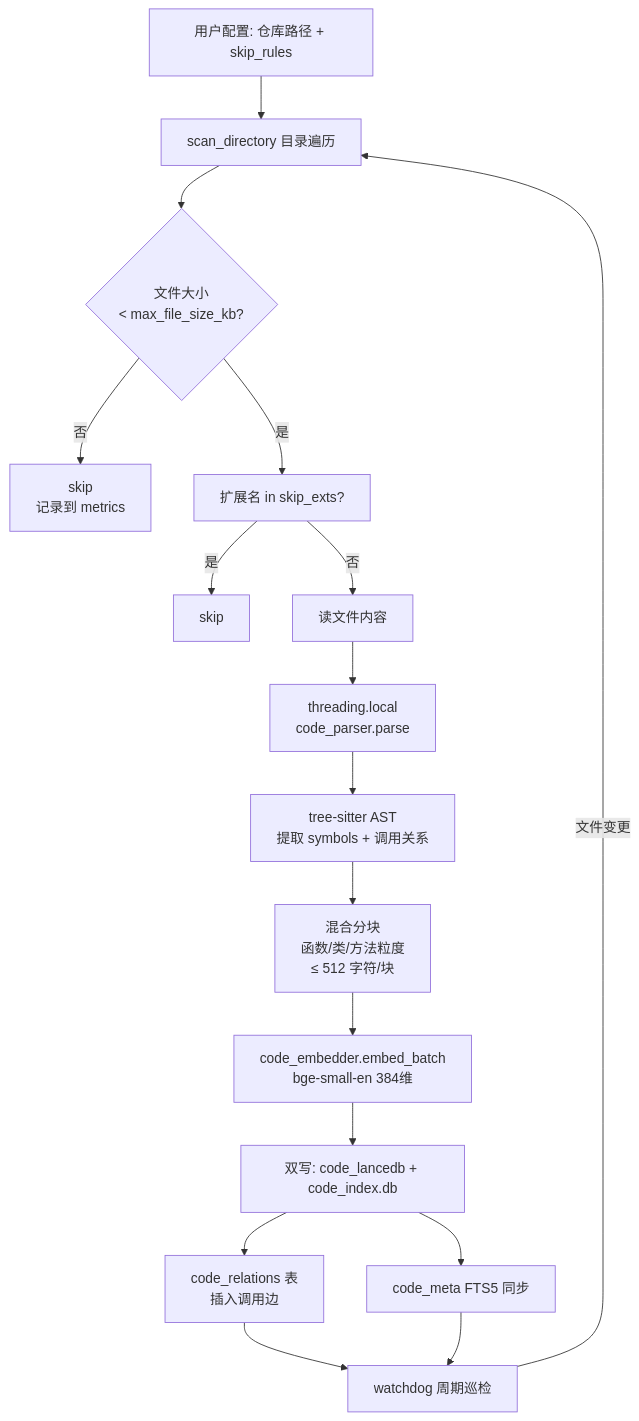
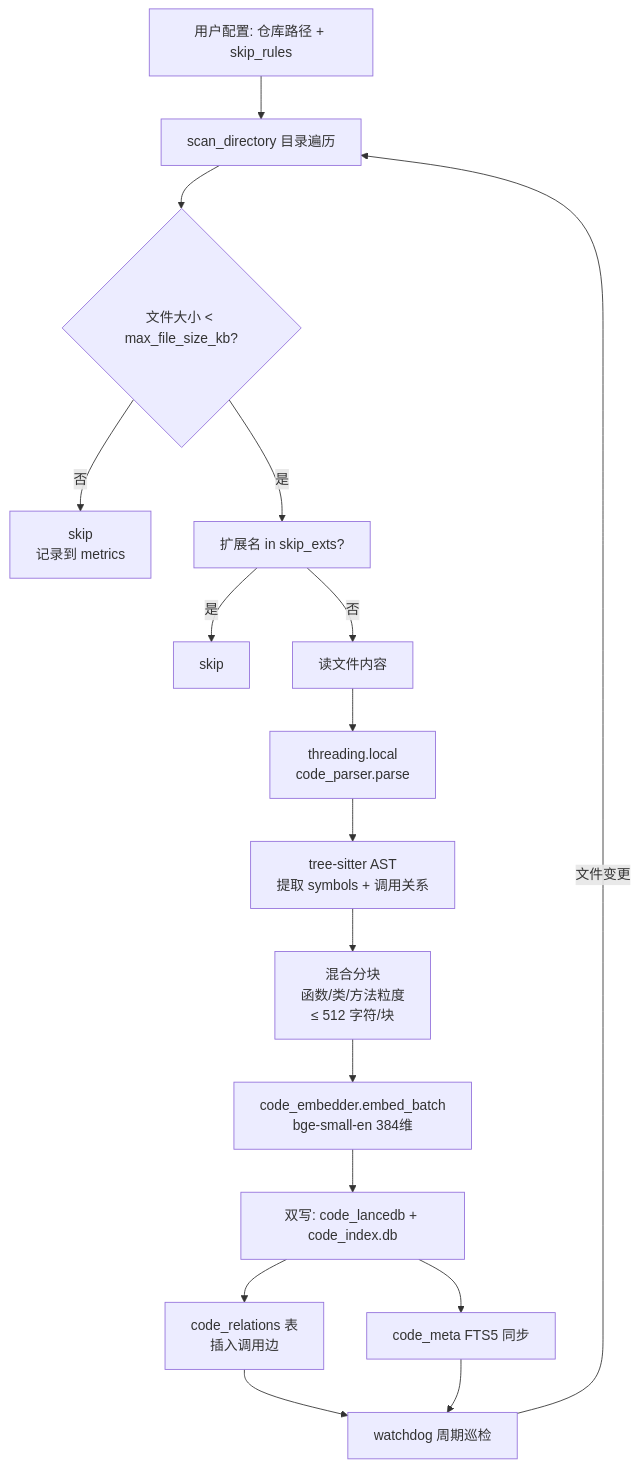
Before and after one commit to chengliuAres/LLM-knowledge-base: the first of 5 diagrams in docs/superpowers/specs/2026-06-12-arch-tab-design.md, drawn with Mermaid. The commit also changed other lines of this file, not shown here.

````diff
--- a/docs/superpowers/specs/2026-06-12-arch-tab-design.md
+++ b/docs/superpowers/specs/2026-06-12-arch-tab-design.md
@@ -98,19 +98,19 @@
 ```mermaid
 flowchart TD
     A[用户配置: 仓库路径 + skip_rules] --> B[scan_directory 目录遍历]
-    B --> C{文件大小<br/>< max_file_size_kb?}
+    B --> C{文件大小 &lt; max_file_size_kb?}
     C -->|否| X1[skip<br/>记录到 metrics]
     C -->|是| D[扩展名 in skip_exts?]
     D -->|是| X2[skip]
     D -->|否| E[读文件内容]
     E --> F[threading.local<br/>code_parser.parse]
     F --> G[tree-sitter AST<br/>提取 symbols + 调用关系]
     G --> H[混合分块<br/>函数/类/方法粒度<br/>≤ 512 字符/块]
     H --> I[code_embedder.embed_batch<br/>bge-small-en 384维]
     I --> J[双写: code_lancedb + code_index.db]
     J --> K[code_relations 表<br/>插入调用边]
     J --> L[code_meta FTS5 同步]
     K --> M[watchdog 周期巡检]
     L --> M
     M -->|文件变更| B
 ```
````
